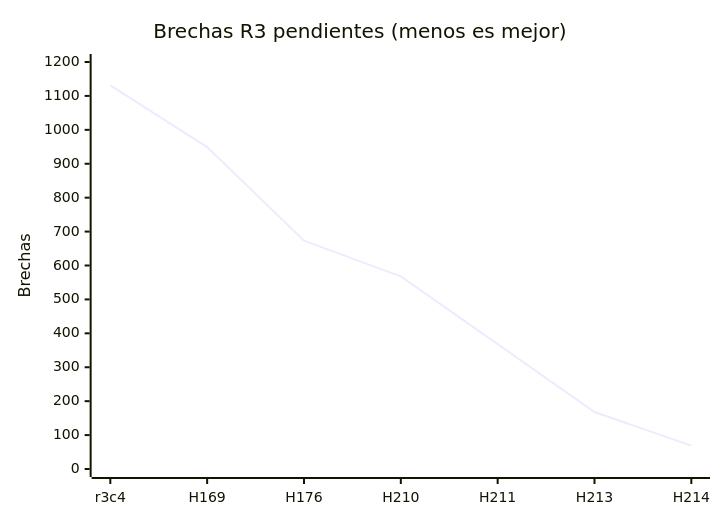
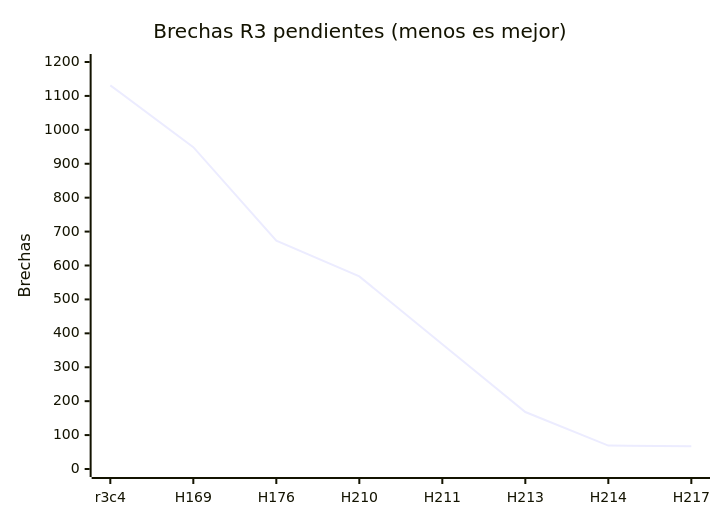
Before and after one commit to jmbigi/thinker: the first of 2 diagrams in README.md, drawn with Mermaid. The commit also changed other lines of this file and 10 other files, not shown here.

````diff
--- a/README.md
+++ b/README.md
@@ -401,7 +401,7 @@
 ```mermaid
 xychart-beta
     title "Brechas R3 pendientes (menos es mejor)"
-    x-axis ["r3c4", "H169", "H176", "H210", "H211", "H213", "H214"]
+    x-axis ["r3c4", "H169", "H176", "H210", "H211", "H213", "H214", "H217"]
     y-axis "Brechas" 0 --> 1200
-    line [1131, 949, 673, 568, 368, 168, 69]
+    line [1131, 949, 673, 568, 368, 168, 69, 67]
 ```
````
